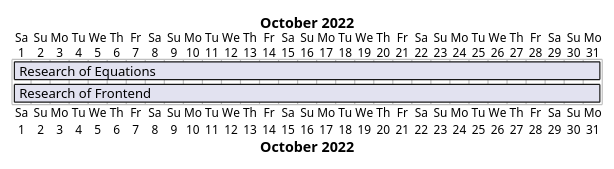
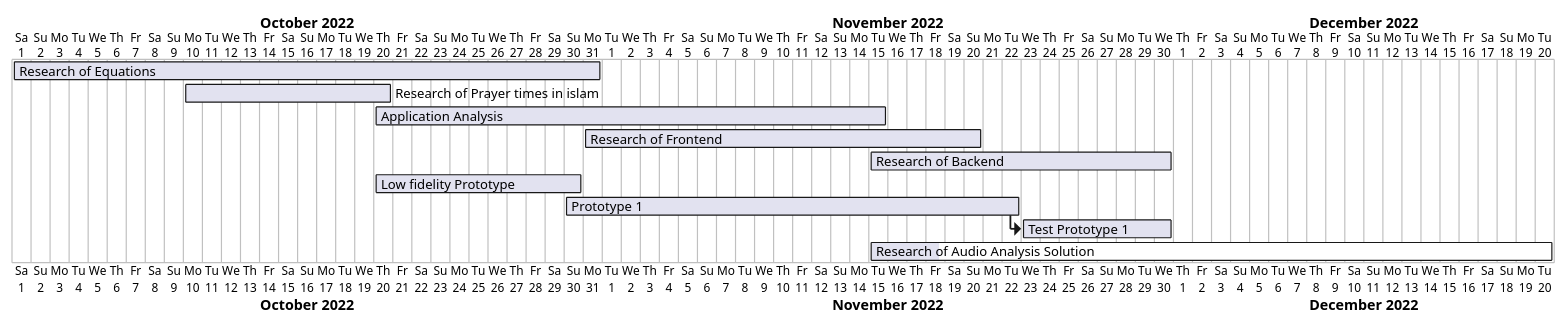
Before and after one commit to arshad-shah/Nimaz: the diagram in app/src/main/java/com/arshadshah/nimaz/diagrams/FYPGANTT.puml, drawn with PlantUML. The commit also changed 119 other files, not shown here.

```diff
--- a/app/src/main/java/com/arshadshah/nimaz/diagrams/FYPGANTT.puml
+++ b/app/src/main/java/com/arshadshah/nimaz/diagrams/FYPGANTT.puml
@@ -1,9 +1,41 @@
 @startgantt
+
 Project starts 2022-10-01
 
 [Research of Equations] starts 2022-10-01
 [Research of Equations] ends 2022-10-31
-[Research of Frontend] starts 2022-10-01
-[Research of Frontend] ends 2022-10-31
+
+[Research of Prayer times in islam] starts 2022-10-10
+[Research of Prayer times in islam] ends 2022-10-20
+
+[Application Analysis] starts 2022-10-20
+[Application Analysis] ends 2022-11-15
+
+[Research of Frontend] starts 2022-10-31
+[Research of Frontend] ends 2022-11-20
+
+[Research of Backend] starts 2022-11-15
+[Research of Backend] ends 2022-11-30
+
+[Low fidelity Prototype] starts 2022-10-20
+[Low fidelity Prototype] ends 2022-10-30
+
+[Prototype 1] starts 2022-10-30 and ends 2022-11-22
+[Test Prototype 1] starts at [Prototype 1]'s end
+[Test Prototype 1] starts 2022-11-22 and ends 2022-11-30
+
+[Research of Audio Analysis Solution] starts 2022-11-15
+[Research of Audio Analysis Solution] ends 2022-12-20
+
+
+'completion
+[Research of Equations] is 100% complete
+[Research of Prayer times in islam] is 100% complete
+[Application Analysis] is 100% complete
+[Research of Frontend] is 100% complete
+[Research of Backend] is 100% complete
+[Low fidelity Prototype] is 100% complete
+[Prototype 1] is 100% complete
+[Research of Audio Analysis Solution] is 10% complete
 
 @endgantt
```
